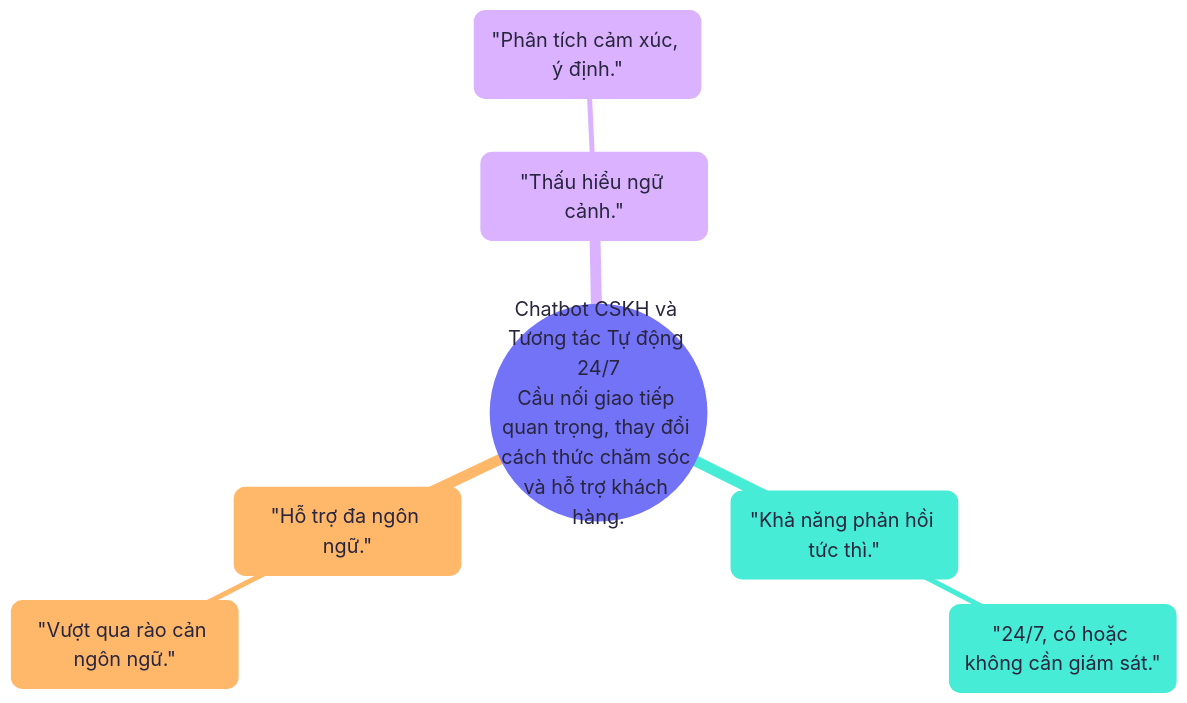
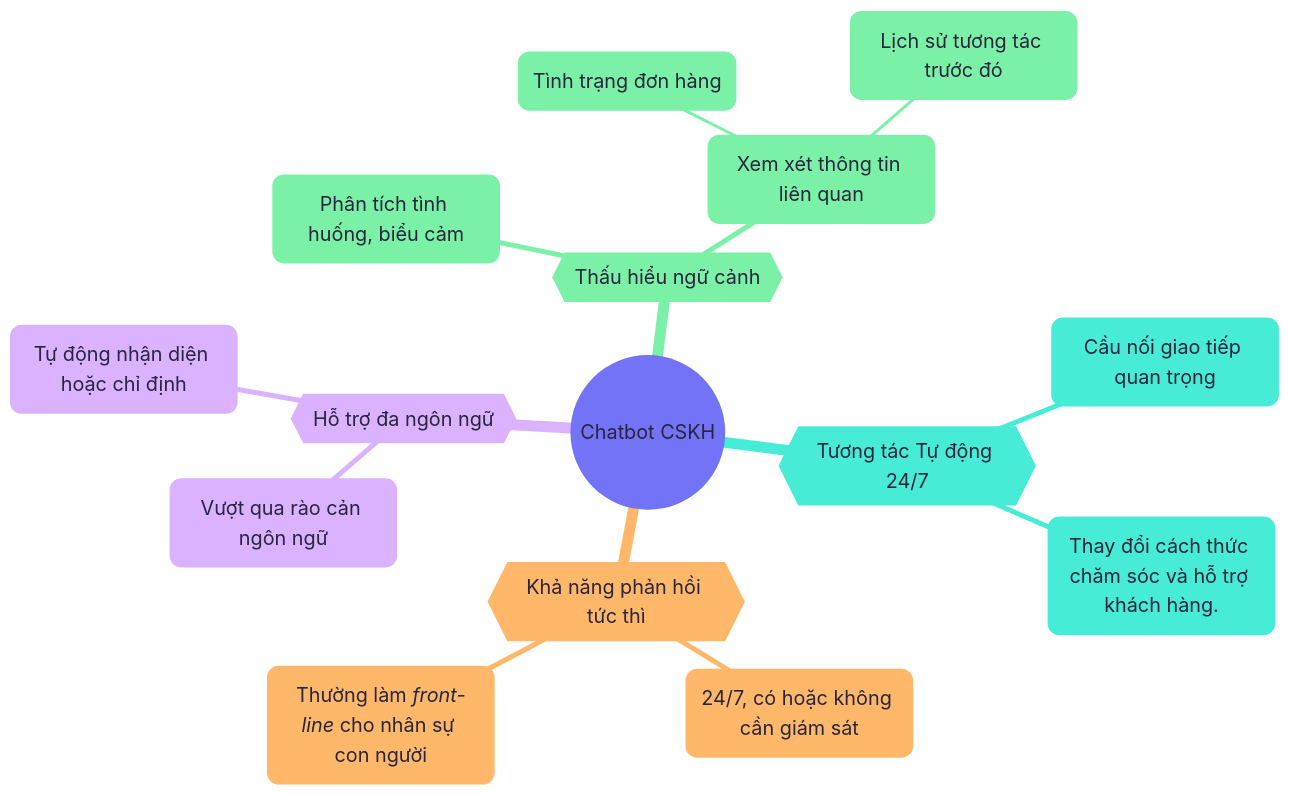
The diagram in content/diagrams/chapter02-chatbot-cskh-va-tuong-tac-tu-dong-24-7.mmd (sam-uit/typst-report-template), drawn with Mermaid before and after one commit. The commit also changed 2 other files, not shown here.

Commit message:
chapter02-chatbot

```diff
--- a/content/diagrams/chapter02-chatbot-cskh-va-tuong-tac-tu-dong-24-7.mmd
+++ b/content/diagrams/chapter02-chatbot-cskh-va-tuong-tac-tu-dong-24-7.mmd
@@ -1,15 +1,23 @@
 ---
 config:
   theme: redux-color
   themeVariables:
     fontFamily: Google Sans
     fontSize: 20px
 ---
 mindmap
-  root(("Chatbot CSKH và Tương tác Tự động 24/7<br/>Cầu nối giao tiếp quan trọng, thay đổi cách thức chăm sóc và hỗ trợ khách hàng."))
-    "Khả năng phản hồi tức thì."
-        "24/7, có hoặc không cần giám sát."
-    "Hỗ trợ đa ngôn ngữ."
-        "Vượt qua rào cản ngôn ngữ."
-    "Thấu hiểu ngữ cảnh."
-        "Phân tích cảm xúc, ý định."
+((Chatbot CSKH))
+  {{Tương tác Tự động 24/7}}
+    (Cầu nối giao tiếp quan trọng)
+    (Thay đổi cách thức chăm sóc và hỗ trợ khách hàng.)
+  {{Khả năng phản hồi tức thì}}
+    24/7, có hoặc không cần giám sát
+    Thường làm *front-line* cho nhân sự con người
+  {{Hỗ trợ đa ngôn ngữ}}
+    Vượt qua rào cản ngôn ngữ
+    Tự động nhận diện hoặc chỉ định
+  {{Thấu hiểu ngữ cảnh}}
+    Phân tích tình huống, biểu cảm
+    Xem xét thông tin liên quan
+      Tình trạng đơn hàng
+      Lịch sử tương tác trước đó
```
